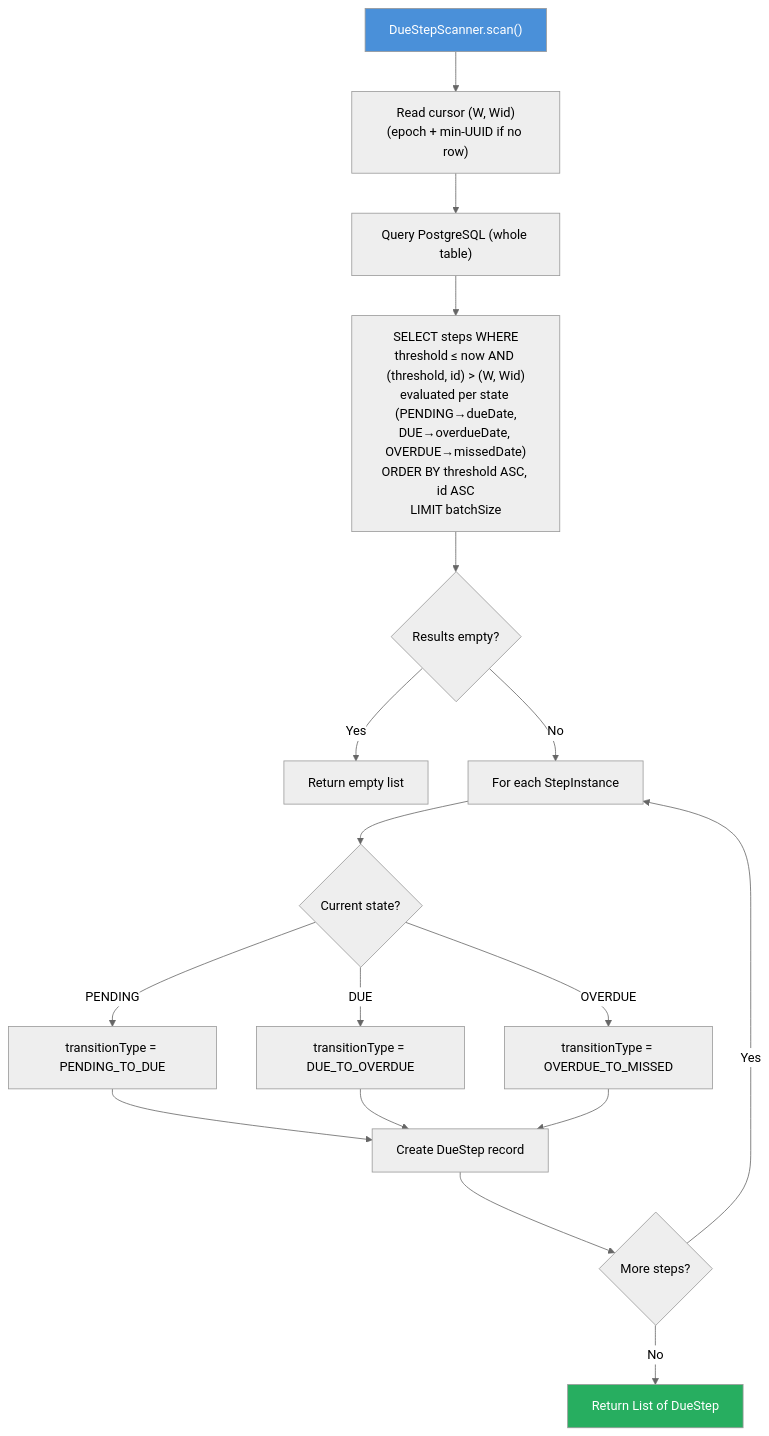
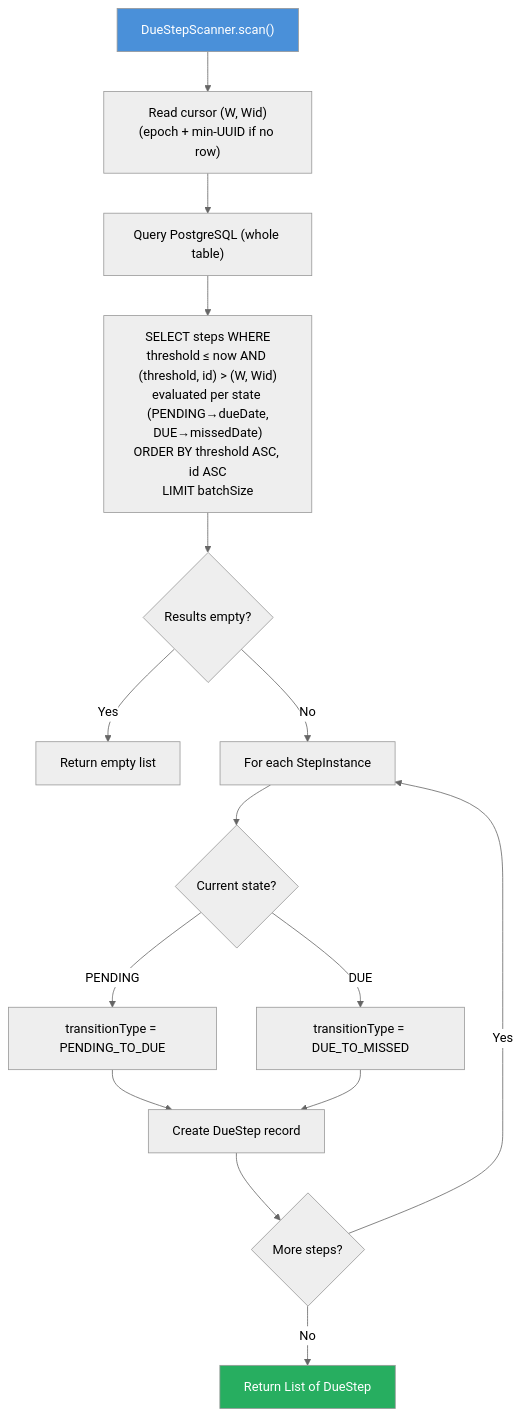
One commit to Jayaprakash8887/cce-scheduler-service changed the third of 5 diagrams in docs/flow-diagrams.md. Above: the diagram before and after it, drawn with Mermaid (neutral theme). The commit also changed other lines of this file and 17 other files, not shown here.

````diff
--- a/docs/flow-diagrams.md
+++ b/docs/flow-diagrams.md
@@ -76,25 +76,23 @@
 ```mermaid
 flowchart TD
     A["DueStepScanner.scan()"] --> A2["Read cursor (W, Wid)<br/>(epoch + min-UUID if no row)"]
     A2 --> B["Query PostgreSQL (whole table)"]
-    B --> C["SELECT steps WHERE<br/>threshold ≤ now AND (threshold, id) > (W, Wid)<br/>evaluated per state (PENDING→dueDate,<br/>DUE→overdueDate, OVERDUE→missedDate)<br/>ORDER BY threshold ASC, id ASC<br/>LIMIT batchSize"]
+    B --> C["SELECT steps WHERE<br/>threshold ≤ now AND (threshold, id) > (W, Wid)<br/>evaluated per state (PENDING→dueDate,<br/>DUE→missedDate)<br/>ORDER BY threshold ASC, id ASC<br/>LIMIT batchSize"]
     C --> D{"Results empty?"}
     D -->|"Yes"| E["Return empty list"]
     D -->|"No"| F["For each StepInstance"]
 
     F --> G{"Current state?"}
     G -->|"PENDING"| H["transitionType = PENDING_TO_DUE"]
-    G -->|"DUE"| I["transitionType = DUE_TO_OVERDUE"]
-    G -->|"OVERDUE"| J["transitionType = OVERDUE_TO_MISSED"]
+    G -->|"DUE"| I["transitionType = DUE_TO_MISSED"]
 
     H --> K["Create DueStep record"]
     I --> K
-    J --> K
 
     K --> L{"More steps?"}
     L -->|"Yes"| F
     L -->|"No"| M["Return List of DueStep"]
 
     style A fill:#4A90D9,color:white
     style M fill:#27AE60,color:white
 ```
````
